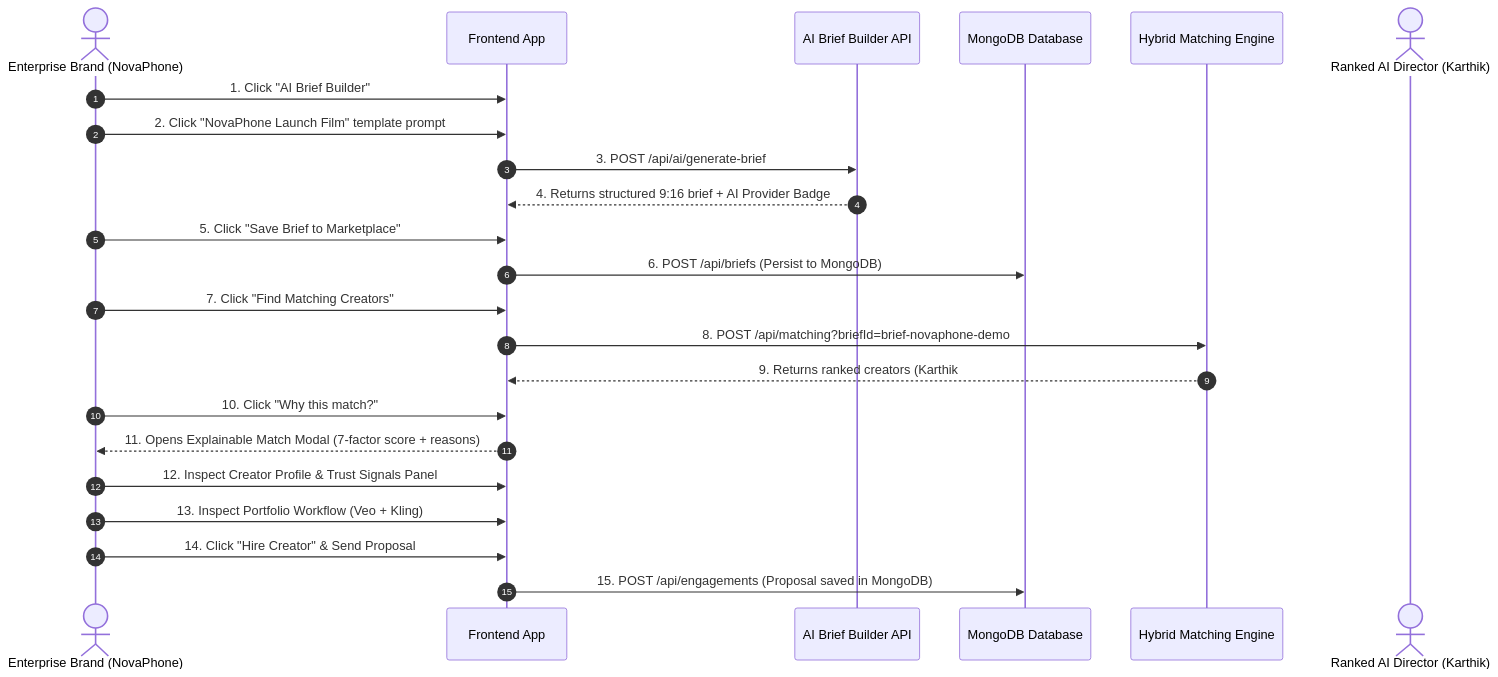
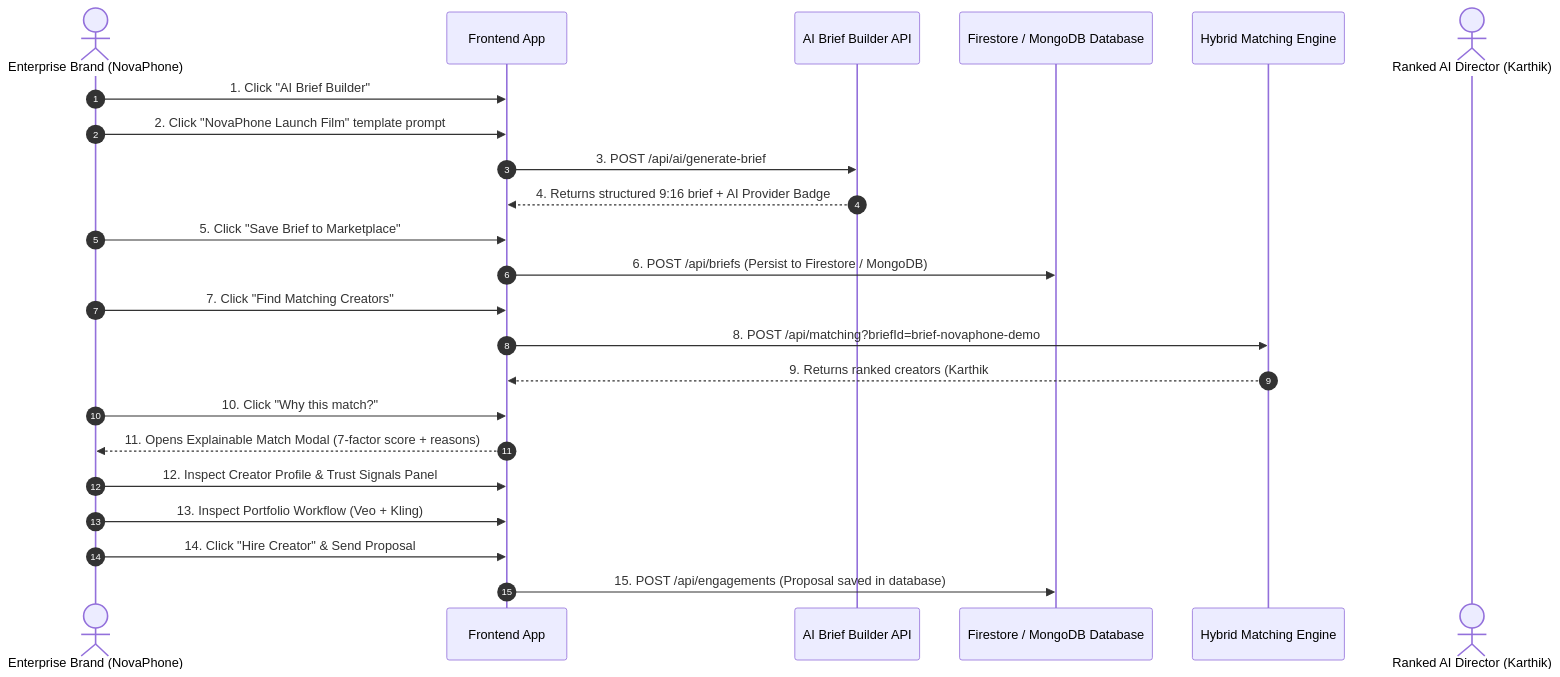
The diagram in docs/EXECUTION_GUIDE.md (hanifmd2613/CreateAI), drawn with Mermaid before and after one commit. The commit also changed other lines of this file and 1 other file, not shown here.

````diff
--- a/docs/EXECUTION_GUIDE.md
+++ b/docs/EXECUTION_GUIDE.md
@@ -155,26 +209,26 @@
 ```mermaid
 sequenceDiagram
     autonumber
     actor Brand as Enterprise Brand (NovaPhone)
     participant UI as Frontend App
     participant AI as AI Brief Builder API
-    participant DB as MongoDB Database
+    participant DB as Firestore / MongoDB Database
     participant Engine as Hybrid Matching Engine
     actor Creator as Ranked AI Director (Karthik)
 
     Brand->>UI: 1. Click "AI Brief Builder"
     Brand->>UI: 2. Click "NovaPhone Launch Film" template prompt
     UI->>AI: 3. POST /api/ai/generate-brief
     AI-->>UI: 4. Returns structured 9:16 brief + AI Provider Badge
     Brand->>UI: 5. Click "Save Brief to Marketplace"
-    UI->>DB: 6. POST /api/briefs (Persist to MongoDB)
+    UI->>DB: 6. POST /api/briefs (Persist to Firestore / MongoDB)
     Brand->>UI: 7. Click "Find Matching Creators"
     UI->>Engine: 8. POST /api/matching?briefId=brief-novaphone-demo
     Engine-->>UI: 9. Returns ranked creators (Karthik #1 - 96% Match)
     Brand->>UI: 10. Click "Why this match?"
     UI-->>Brand: 11. Opens Explainable Match Modal (7-factor score + reasons)
     Brand->>UI: 12. Inspect Creator Profile & Trust Signals Panel
     Brand->>UI: 13. Inspect Portfolio Workflow (Veo + Kling)
     Brand->>UI: 14. Click "Hire Creator" & Send Proposal
-    UI->>DB: 15. POST /api/engagements (Proposal saved in MongoDB)
+    UI->>DB: 15. POST /api/engagements (Proposal saved in database)
 ```
````
